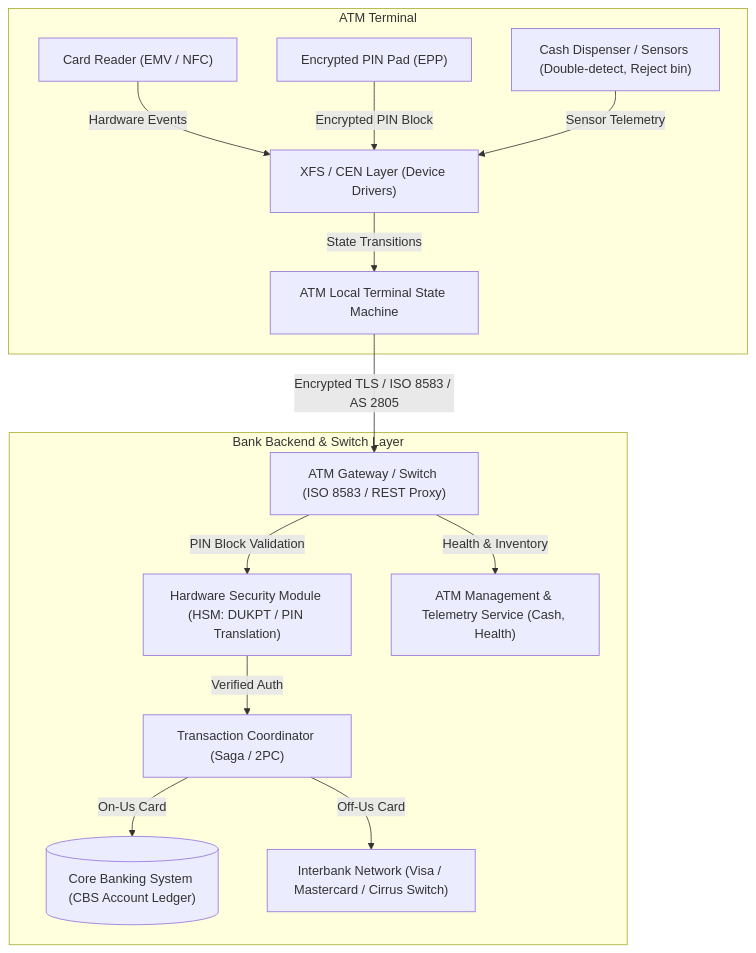
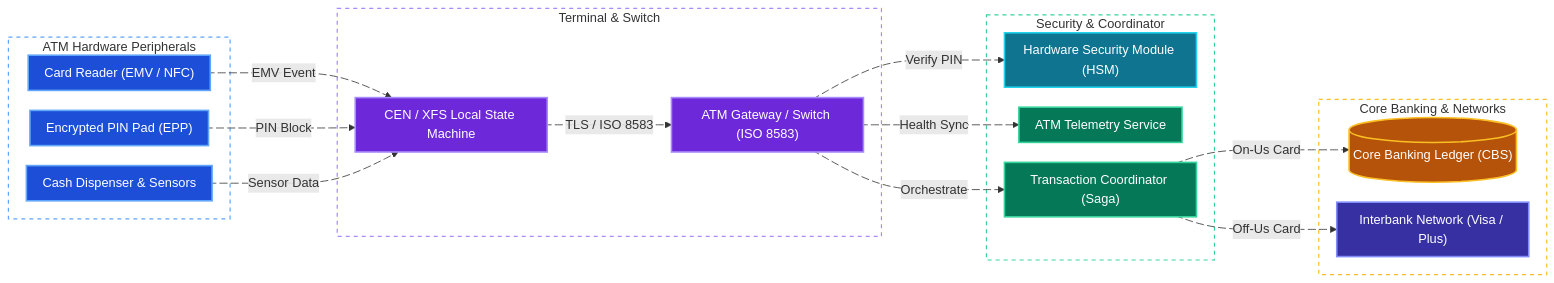
Before and after one commit to tarunbatta/tech-interview-prep: the first of 4 diagrams in system-design/atm.md, drawn with Mermaid. The commit also changed other lines of this file and 30 other files, not shown here.

First line of the commit message:
docs(system-design): convert Mermaid flowcharts to LR with colors and animated edges

````diff
--- a/system-design/atm.md
+++ b/system-design/atm.md
@@ -77,28 +77,60 @@
 ```mermaid
-flowchart TD
-    subgraph ATMTerminal["ATM Terminal"]
+%%{init: {'flowchart': {'nodeSpacing': 25, 'rankSpacing': 45, 'padding': 10}}}%%
+flowchart LR
+    subgraph Peripherals["ATM Hardware Peripherals"]
         CardReader["Card Reader (EMV / NFC)"]
         EPP["Encrypted PIN Pad (EPP)"]
-        Dispenser["Cash Dispenser / Sensors (Double-detect, Reject bin)"]
-        XFS["XFS / CEN Layer (Device Drivers)"]
-        StateMachine["ATM Local Terminal State Machine"]
+        Dispenser["Cash Dispenser & Sensors"]
     end
-    subgraph BankBackend["Bank Backend & Switch Layer"]
-        Switch["ATM Gateway / Switch (ISO 8583 / REST Proxy)"]
-        HSM["Hardware Security Module (HSM: DUKPT / PIN Translation)"]
-        Telemetry["ATM Management & Telemetry Service (Cash, Health)"]
-        Coordinator["Transaction Coordinator (Saga / 2PC)"]
-        CBS[("Core Banking System (CBS Account Ledger)")]
-        Interbank["Interbank Network (Visa / Mastercard / Cirrus Switch)"]
+    subgraph ControllerTier["Terminal & Switch"]
+        XFS["CEN / XFS Local State Machine"]
+        Switch["ATM Gateway / Switch (ISO 8583)"]
     end
-    CardReader -->|"Hardware Events"| XFS
-    EPP -->|"Encrypted PIN Block"| XFS
-    Dispenser -->|"Sensor Telemetry"| XFS
-    XFS -->|"State Transitions"| StateMachine
-    StateMachine -->|"Encrypted TLS / ISO 8583 / AS 2805"| Switch
-    Switch -->|"PIN Block Validation"| HSM
-    Switch -->|"Health & Inventory"| Telemetry
-    HSM -->|"Verified Auth"| Coordinator
-    Coordinator -->|"On-Us Card"| CBS
-    Coordinator -->|"Off-Us Card"| Interbank
+    subgraph CoreServices["Security & Coordinator"]
+        HSM["Hardware Security Module (HSM)"]
+        Telemetry["ATM Telemetry Service"]
+        Coordinator["Transaction Coordinator (Saga)"]
+    end
+    subgraph LedgerTier["Core Banking & Networks"]
+        CBS[("Core Banking Ledger (CBS)")]
+        Interbank["Interbank Network (Visa / Plus)"]
+    end
+    CardReader e1@-->|"EMV Event"| XFS
+    EPP e2@-->|"PIN Block"| XFS
+    Dispenser e3@-->|"Sensor Data"| XFS
+    XFS e4@-->|"TLS / ISO 8583"| Switch
+    Switch e5@-->|"Verify PIN"| HSM
+    Switch e6@-->|"Health Sync"| Telemetry
+    Switch e7@-->|"Orchestrate"| Coordinator
+    Coordinator e8@-->|"On-Us Card"| CBS
+    Coordinator e9@-->|"Off-Us Card"| Interbank
+
+    e1@{ animate: true }
+    e2@{ animate: true }
+    e3@{ animate: true }
+    e4@{ animate: true }
+    e5@{ animate: true }
+    e6@{ animate: true }
+    e7@{ animate: true }
+    e8@{ animate: true }
+    e9@{ animate: true }
+
+    classDef client fill:#1d4ed8,stroke:#60a5fa,stroke-width:2px,color:#ffffff
+    classDef edge fill:#6d28d9,stroke:#a78bfa,stroke-width:2px,color:#ffffff
+    classDef service fill:#047857,stroke:#34d399,stroke-width:2px,color:#ffffff
+    classDef worker fill:#0e7490,stroke:#22d3ee,stroke-width:2px,color:#ffffff
+    classDef storage fill:#b45309,stroke:#fbbf24,stroke-width:2px,color:#ffffff
+    classDef queue fill:#3730a3,stroke:#818cf8,stroke-width:2px,color:#ffffff
+
+    class CardReader,EPP,Dispenser client
+    class XFS,Switch edge
+    class Coordinator,Telemetry service
+    class HSM worker
+    class CBS storage
+    class Interbank queue
+
+    style Peripherals fill:transparent,stroke:#60a5fa,stroke-width:1.5px,stroke-dasharray: 5 5
+    style ControllerTier fill:transparent,stroke:#a78bfa,stroke-width:1.5px,stroke-dasharray: 5 5
+    style CoreServices fill:transparent,stroke:#34d399,stroke-width:1.5px,stroke-dasharray: 5 5
+    style LedgerTier fill:transparent,stroke:#fbbf24,stroke-width:1.5px,stroke-dasharray: 5 5
 ```
````
